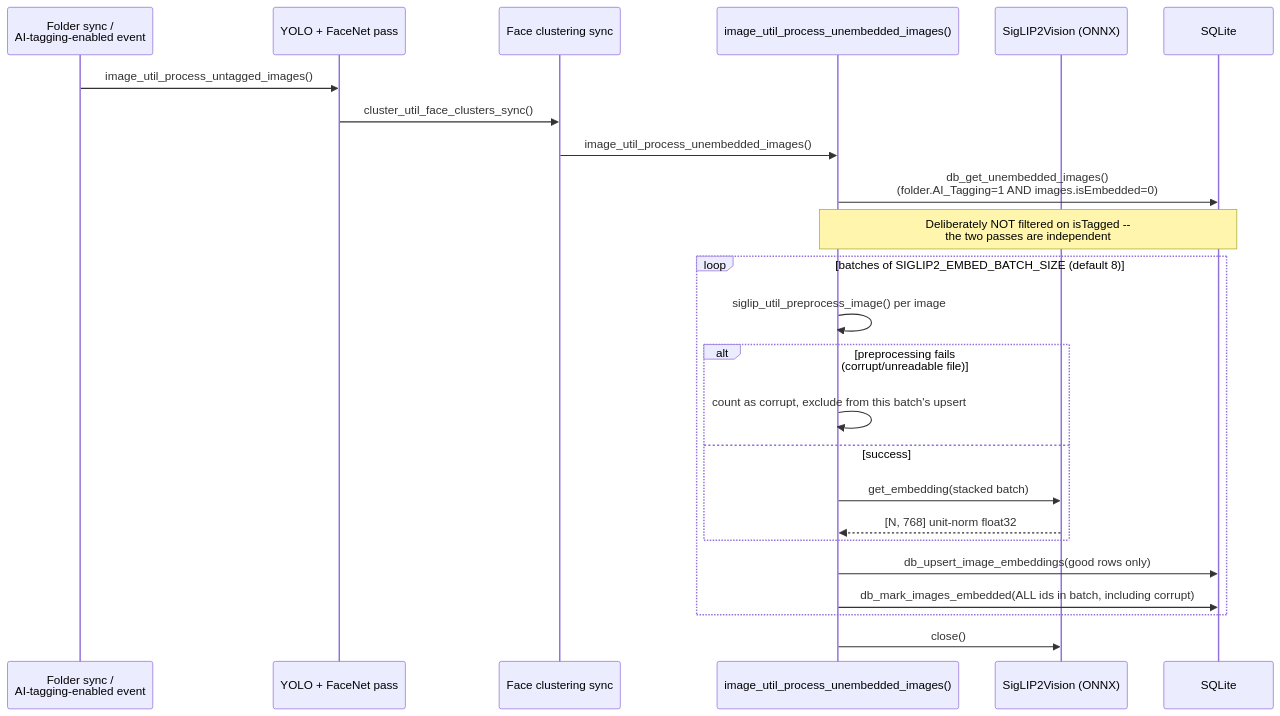
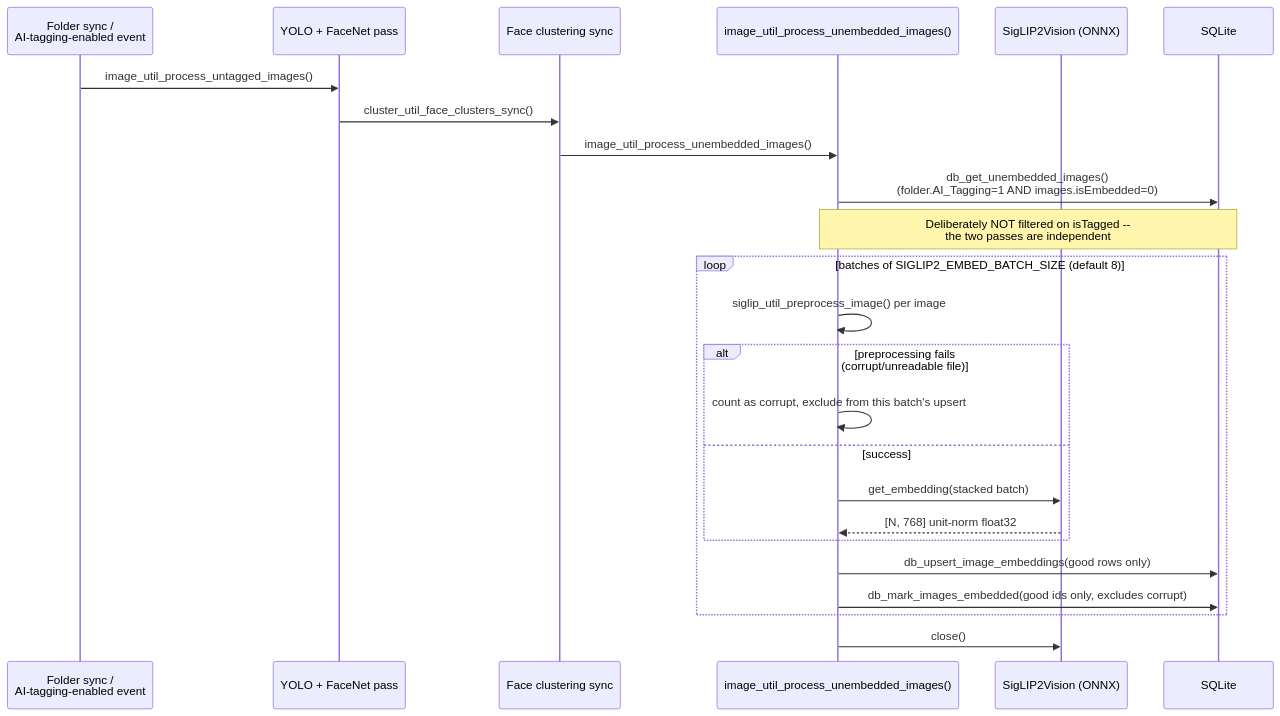
One commit to AOSSIE-Org/PictoPy changed the third of 4 diagrams in docs/backend/backend_python/semantic-search.md. Above: the diagram before and after it, drawn with Mermaid. The commit also changed other lines of this file and 2 other files, not shown here.

First line of the commit message:
fix(siglip): retry corrupt images on later passes instead of marking them embedded

````diff
--- a/docs/backend/backend_python/semantic-search.md
+++ b/docs/backend/backend_python/semantic-search.md
@@ -144,27 +144,27 @@
 ```mermaid
 sequenceDiagram
     participant Folder as Folder sync /<br/>AI-tagging-enabled event
     participant Yolo as YOLO + FaceNet pass
     participant Cluster as Face clustering sync
     participant Embed as image_util_process_unembedded_images()
     participant Vision as SigLIP2Vision (ONNX)
     participant DB as SQLite
 
     Folder->>Yolo: image_util_process_untagged_images()
     Yolo->>Cluster: cluster_util_face_clusters_sync()
     Cluster->>Embed: image_util_process_unembedded_images()
     Embed->>DB: db_get_unembedded_images()<br/>(folder.AI_Tagging=1 AND images.isEmbedded=0)
     Note over Embed,DB: Deliberately NOT filtered on isTagged --<br/>the two passes are independent
     loop batches of SIGLIP2_EMBED_BATCH_SIZE (default 8)
         Embed->>Embed: siglip_util_preprocess_image() per image
         alt preprocessing fails (corrupt/unreadable file)
             Embed->>Embed: count as corrupt, exclude from this batch's upsert
         else success
             Embed->>Vision: get_embedding(stacked batch)
             Vision-->>Embed: [N, 768] unit-norm float32
         end
         Embed->>DB: db_upsert_image_embeddings(good rows only)
-        Embed->>DB: db_mark_images_embedded(ALL ids in batch, including corrupt)
+        Embed->>DB: db_mark_images_embedded(good ids only, excludes corrupt)
     end
     Embed->>Vision: close()
 ```
````
